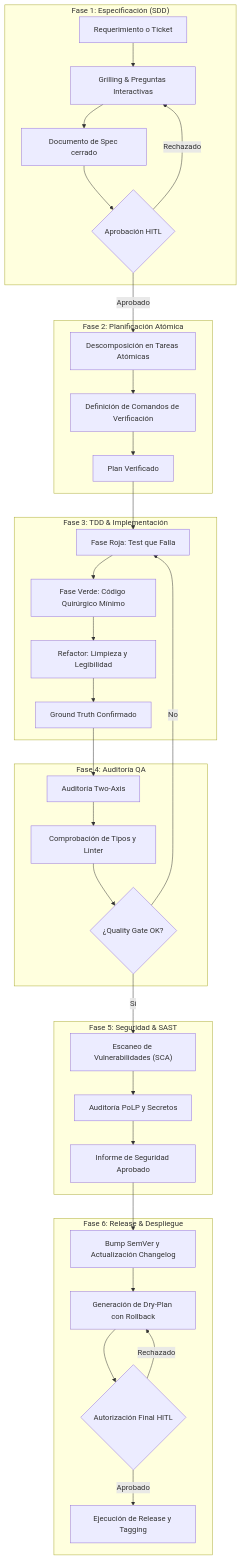
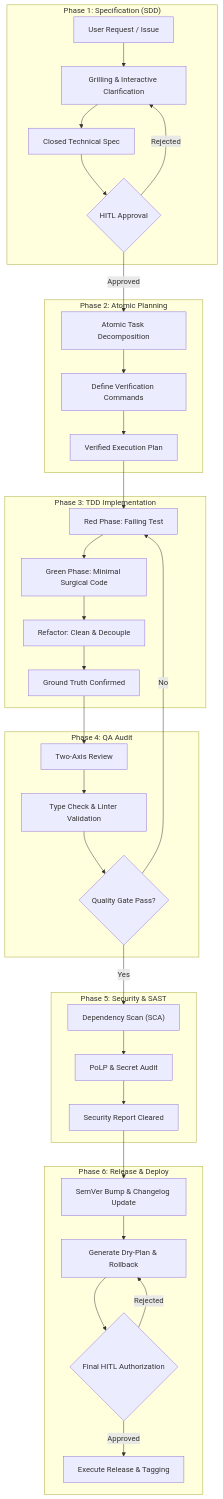
Before and after one commit to jmblanco/agentic-engineering-framework: the diagram in docs/METHODOLOGY.md, drawn with Mermaid. The commit also changed other lines of this file and 14 other files, not shown here.

````diff
--- a/docs/METHODOLOGY.md
+++ b/docs/METHODOLOGY.md
@@ -9,44 +9,44 @@
 ```mermaid
 flowchart TD
-    subgraph S1["Fase 1: Especificación (SDD)"]
-        A1["Requerimiento o Ticket"] --> A2["Grilling & Preguntas Interactivas"]
-        A2 --> A3["Documento de Spec cerrado"]
-        A3 --> A4{"Aprobación HITL"}
+    subgraph S1["Phase 1: Specification (SDD)"]
+        A1["User Request / Issue"] --> A2["Grilling & Interactive Clarification"]
+        A2 --> A3["Closed Technical Spec"]
+        A3 --> A4{"HITL Approval"}
     end
 
-    subgraph S2["Fase 2: Planificación Atómica"]
-        A4 -- Aprobado --> B1["Descomposición en Tareas Atómicas"]
-        B1 --> B2["Definición de Comandos de Verificación"]
-        B2 --> B3["Plan Verificado"]
+    subgraph S2["Phase 2: Atomic Planning"]
+        A4 -- Approved --> B1["Atomic Task Decomposition"]
+        B1 --> B2["Define Verification Commands"]
+        B2 --> B3["Verified Execution Plan"]
     end
 
-    subgraph S3["Fase 3: TDD & Implementación"]
-        B3 --> C1["Fase Roja: Test que Falla"]
-        C1 --> C2["Fase Verde: Código Quirúrgico Mínimo"]
-        C2 --> C3["Refactor: Limpieza y Legibilidad"]
-        C3 --> C4["Ground Truth Confirmado"]
+    subgraph S3["Phase 3: TDD Implementation"]
+        B3 --> C1["Red Phase: Failing Test"]
+        C1 --> C2["Green Phase: Minimal Surgical Code"]
+        C2 --> C3["Refactor: Clean & Decouple"]
+        C3 --> C4["Ground Truth Confirmed"]
     end
 
-    subgraph S4["Fase 4: Auditoría QA"]
-        C4 --> D1["Auditoría Two-Axis"]
-        D1 --> D2["Comprobación de Tipos y Linter"]
-        D2 --> D3{"¿Quality Gate OK?"}
+    subgraph S4["Phase 4: QA Audit"]
+        C4 --> D1["Two-Axis Review"]
+        D1 --> D2["Type Check & Linter Validation"]
+        D2 --> D3{"Quality Gate Pass?"}
     end
 
-    subgraph S5["Fase 5: Seguridad & SAST"]
-        D3 -- Sí --> E1["Escaneo de Vulnerabilidades (SCA)"]
-        E1 --> E2["Auditoría PoLP y Secretos"]
-        E2 --> E3["Informe de Seguridad Aprobado"]
+    subgraph S5["Phase 5: Security & SAST"]
+        D3 -- Yes --> E1["Dependency Scan (SCA)"]
+        E1 --> E2["PoLP & Secret Audit"]
+        E2 --> E3["Security Report Cleared"]
     end
 
-    subgraph S6["Fase 6: Release & Despliegue"]
-        E3 --> F1["Bump SemVer y Actualización Changelog"]
-        F1 --> F2["Generación de Dry-Plan con Rollback"]
-        F2 --> F3{"Autorización Final HITL"}
-        F3 -- Aprobado --> F4["Ejecución de Release y Tagging"]
+    subgraph S6["Phase 6: Release & Deploy"]
+        E3 --> F1["SemVer Bump & Changelog Update"]
+        F1 --> F2["Generate Dry-Plan & Rollback"]
+        F2 --> F3{"Final HITL Authorization"}
+        F3 -- Approved --> F4["Execute Release & Tagging"]
     end
 
     D3 -- No --> C1
-    A4 -- Rechazado --> A2
-    F3 -- Rechazado --> F2
+    A4 -- Rejected --> A2
+    F3 -- Rejected --> F2
 ```
````
